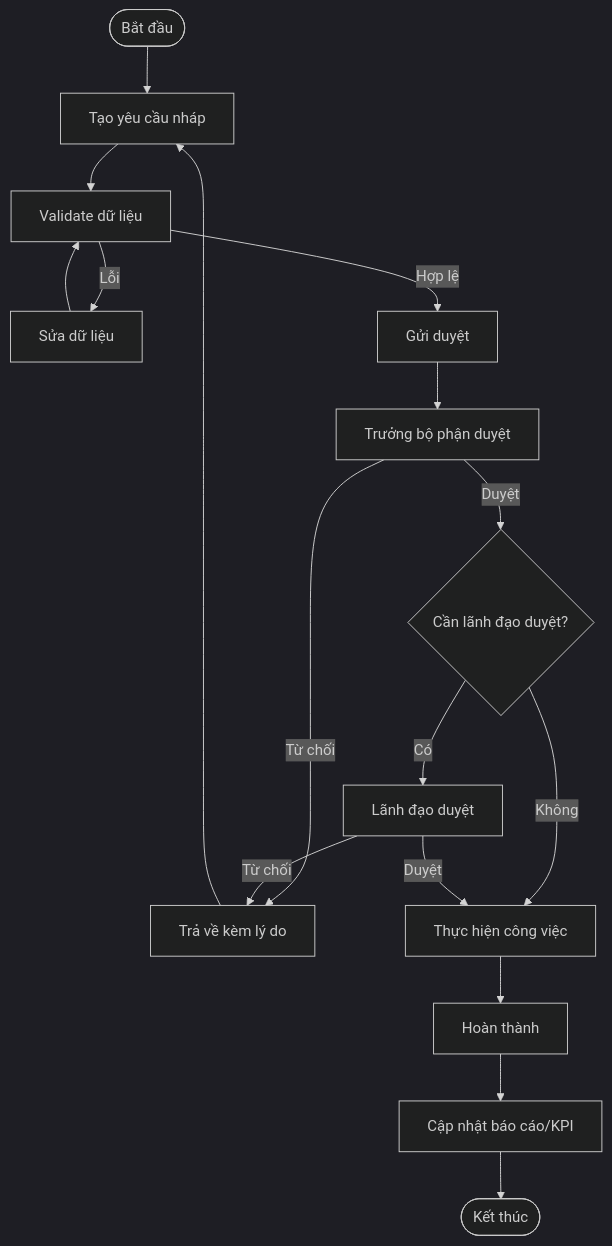
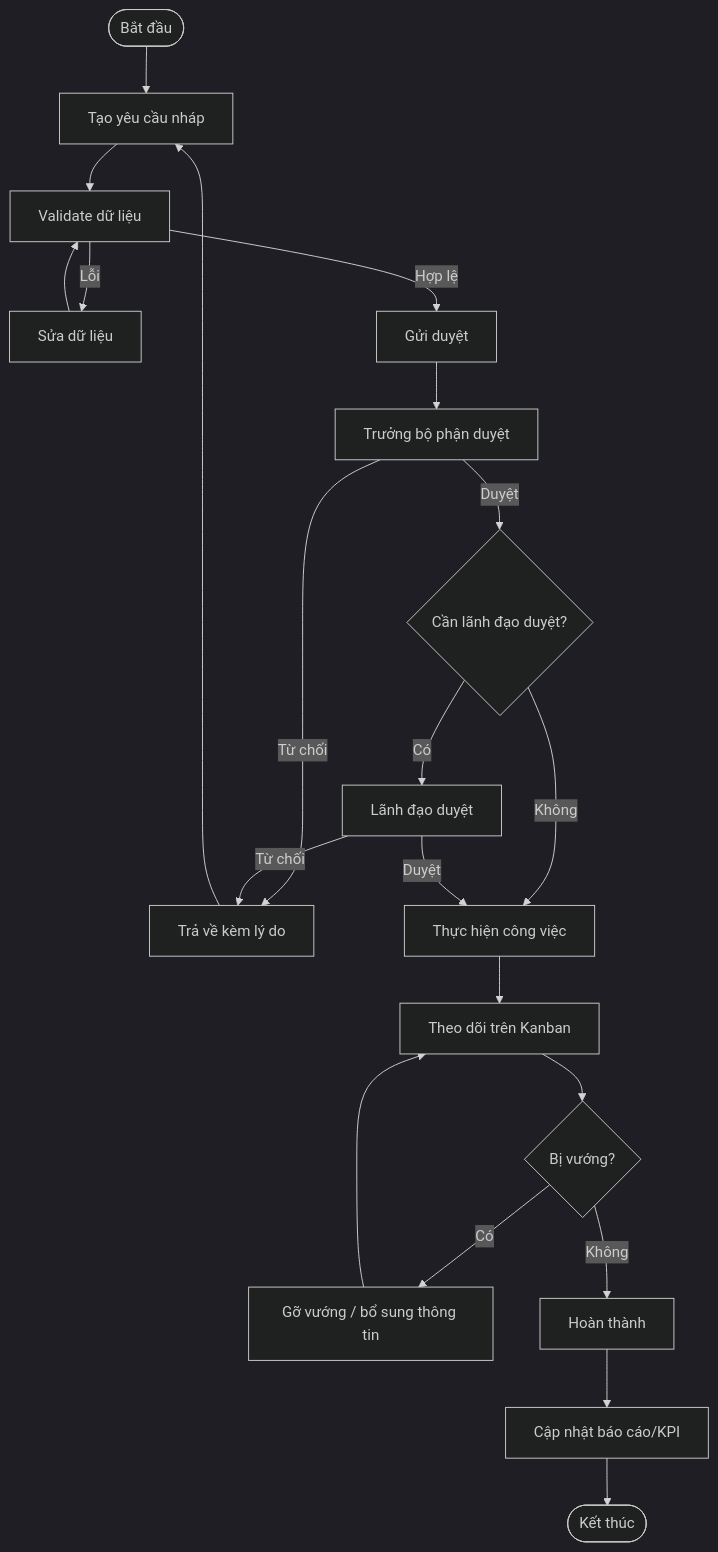
The eighth of 11 diagrams in docs/05-System-Design-and-Diagrams.md (quanptatb/OmniBizAI), drawn with Mermaid (dark theme) before and after one commit. The commit also changed other lines of this file and 15 other files, not shown here.

Commit message:
feat: implement workflow operations module with Kanban board, task details, and approval tracking

````diff
--- a/docs/05-System-Design-and-Diagrams.md
+++ b/docs/05-System-Design-and-Diagrams.md
@@ -265,19 +313,23 @@
 ```mermaid
 flowchart TB
     Start([Bắt đầu]) --> Draft["Tạo yêu cầu nháp"]
     Draft --> Validate["Validate dữ liệu"]
     Validate -->|Lỗi| Fix["Sửa dữ liệu"]
     Fix --> Validate
     Validate -->|Hợp lệ| Submit["Gửi duyệt"]
     Submit --> ManagerReview["Trưởng bộ phận duyệt"]
     ManagerReview -->|Từ chối| Reject["Trả về kèm lý do"]
     Reject --> Draft
     ManagerReview -->|Duyệt| NeedExec{"Cần lãnh đạo duyệt?"}
     NeedExec -->|Có| ExecReview["Lãnh đạo duyệt"]
     NeedExec -->|Không| Work["Thực hiện công việc"]
     ExecReview -->|Từ chối| Reject
     ExecReview -->|Duyệt| Work
-    Work --> Complete["Hoàn thành"]
+    Work --> Board["Theo dõi trên Kanban"]
+    Board --> Blocked{"Bị vướng?"}
+    Blocked -->|Có| Resolve["Gỡ vướng / bổ sung thông tin"]
+    Resolve --> Board
+    Blocked -->|Không| Complete["Hoàn thành"]
     Complete --> Report["Cập nhật báo cáo/KPI"]
     Report --> End([Kết thúc])
 ```
````
